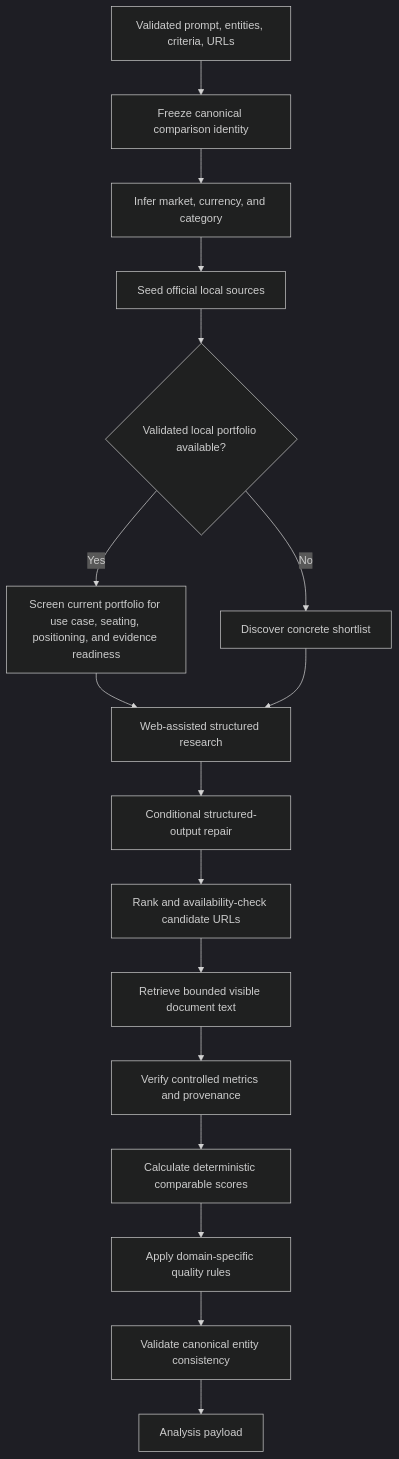
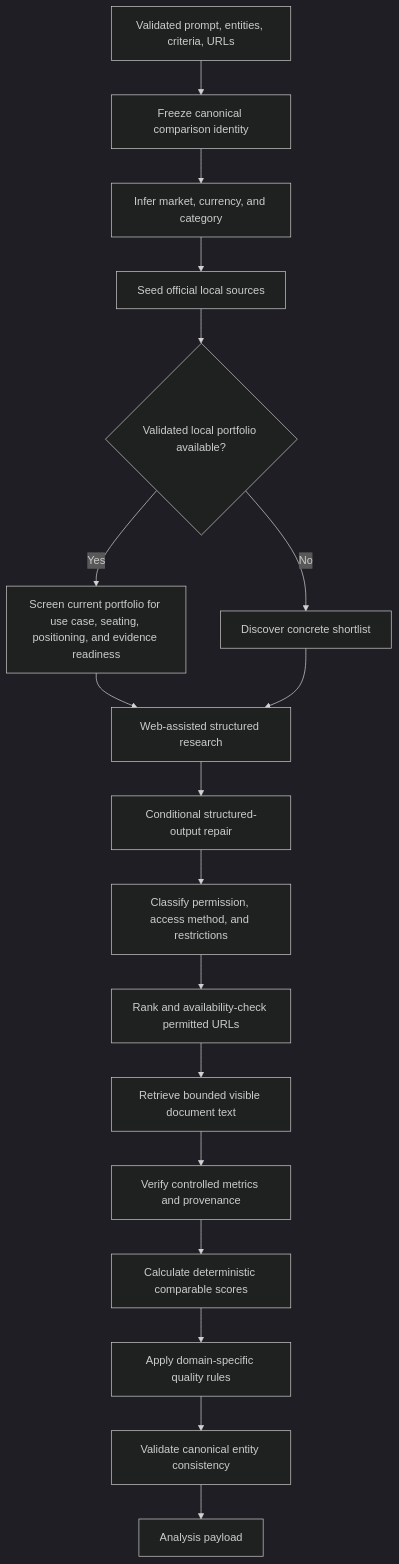
One commit to bharanmanivannan-sys/Vendor_Comparison_Clerk_Replit changed the fifth of 7 diagrams in docs/architecture-and-design.md. Above: the diagram before and after it, drawn with Mermaid (dark theme). The commit also changed other lines of this file and 37 other files, not shown here.

Commit message:
Add source governance, preflight validation, and architecture rules

````diff
--- a/docs/architecture-and-design.md
+++ b/docs/architecture-and-design.md
@@ -279,36 +296,38 @@
 ```mermaid
 flowchart TD
     Input[Validated prompt, entities, criteria, URLs]
     Identity[Freeze canonical comparison identity]
     Market[Infer market, currency, and category]
     Official[Seed official local sources]
     Discovery{Validated local portfolio available?}
     Portfolio[Screen current portfolio for use case, seating, positioning, and evidence readiness]
     Shortlist[Discover concrete shortlist]
     Research[Web-assisted structured research]
     Repair[Conditional structured-output repair]
-    URLs[Rank and availability-check candidate URLs]
+    Governance[Classify permission, access method, and restrictions]
+    URLs[Rank and availability-check permitted URLs]
     Retrieve[Retrieve bounded visible document text]
     Verify[Verify controlled metrics and provenance]
     Normalize[Calculate deterministic comparable scores]
     Domain[Apply domain-specific quality rules]
     Canonical[Validate canonical entity consistency]
     Result[Analysis payload]
 
     Input --> Identity
     Identity --> Market
     Market --> Official
     Official --> Discovery
     Discovery -->|No| Shortlist
     Discovery -->|Yes| Portfolio
     Portfolio --> Research
     Shortlist --> Research
     Research --> Repair
-    Repair --> URLs
+    Repair --> Governance
+    Governance --> URLs
     URLs --> Retrieve
     Retrieve --> Verify
     Verify --> Normalize
     Normalize --> Domain
     Domain --> Canonical
     Canonical --> Result
 ```
````
